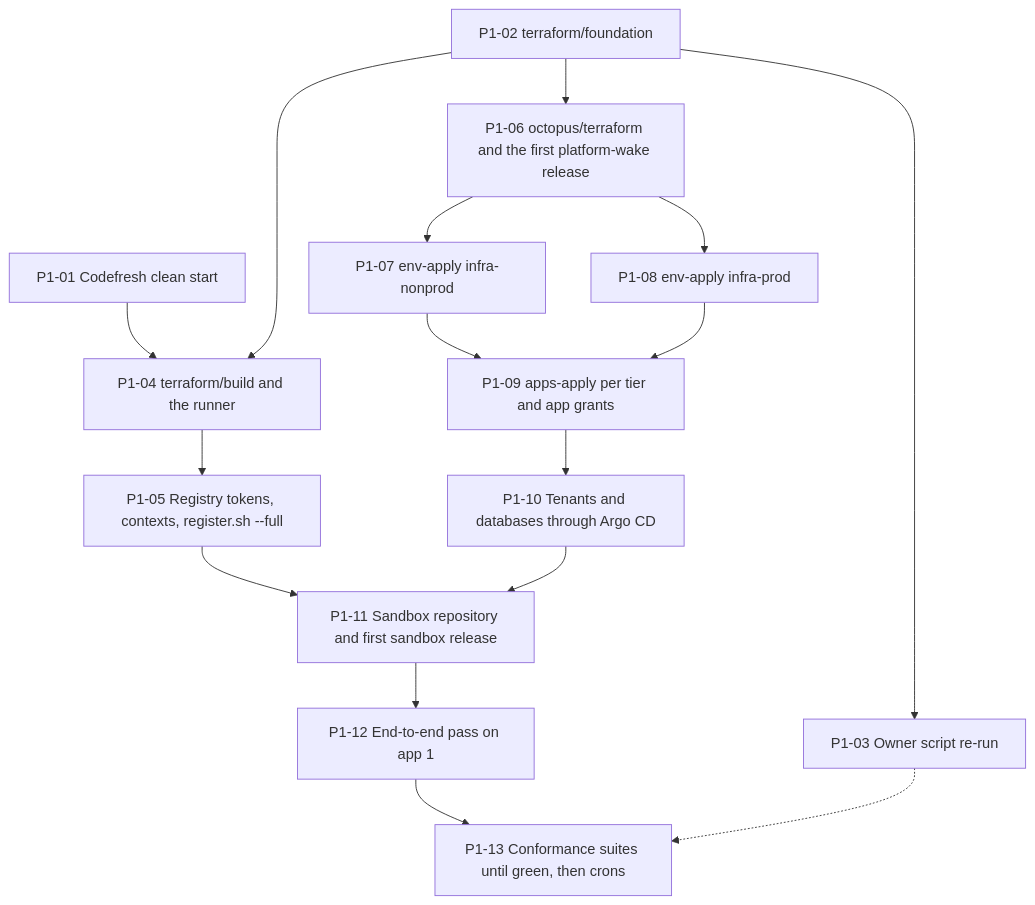
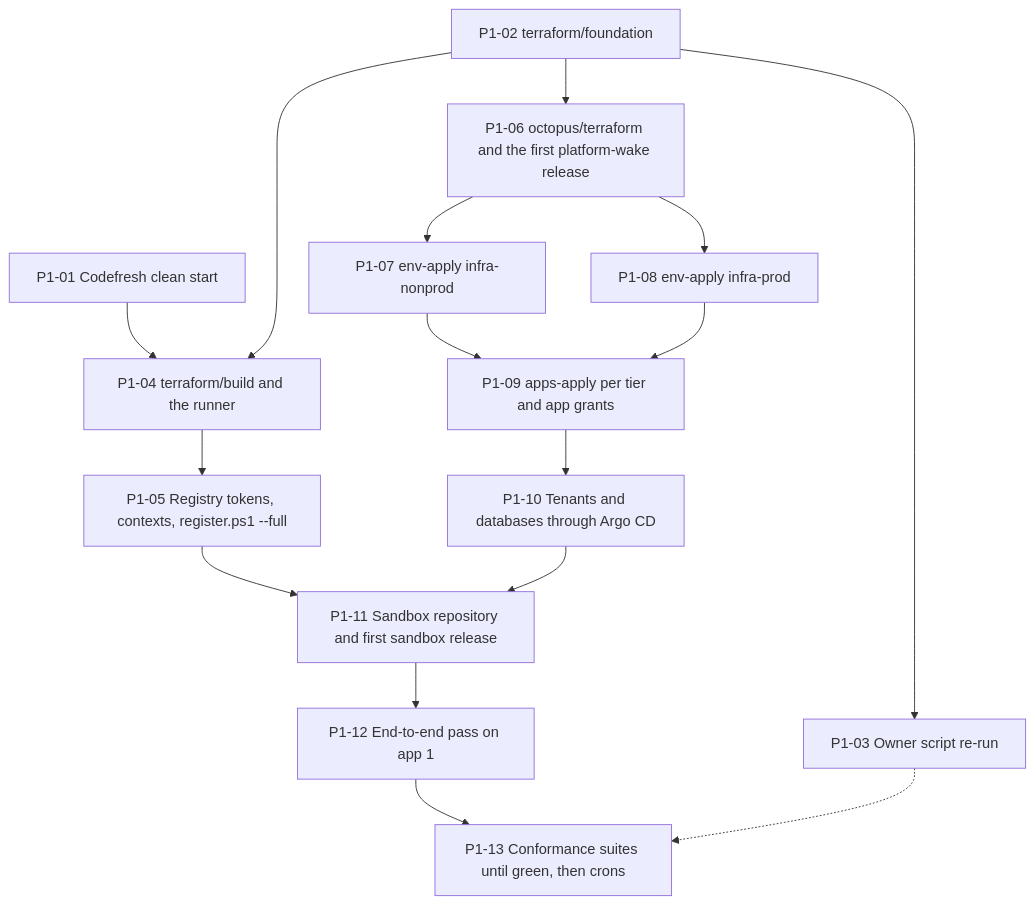
The diagram in docs/bootstrap.md (clearmeasure-aisf-sample-apps/basic-environment-octopus-codefresh), drawn with Mermaid before and after one commit. The commit also changed other lines of this file and 38 other files, not shown here.

````diff
--- a/docs/bootstrap.md
+++ b/docs/bootstrap.md
@@ -33,18 +33,18 @@
 ```mermaid
 flowchart TD
     p01["P1-01 Codefresh clean start"] --> p04
     p02["P1-02 terraform/foundation"] --> p03["P1-03 Owner script re-run"]
     p02 --> p04["P1-04 terraform/build and the runner"]
-    p04 --> p05["P1-05 Registry tokens, contexts, register.sh --full"]
+    p04 --> p05["P1-05 Registry tokens, contexts, register.ps1 --full"]
     p02 --> p06["P1-06 octopus/terraform and the first platform-wake release"]
     p06 --> p07["P1-07 env-apply infra-nonprod"]
     p06 --> p08["P1-08 env-apply infra-prod"]
     p07 --> p09["P1-09 apps-apply per tier and app grants"]
     p08 --> p09
     p09 --> p10["P1-10 Tenants and databases through Argo CD"]
     p05 --> p11["P1-11 Sandbox repository and first sandbox release"]
     p10 --> p11
     p11 --> p12["P1-12 End-to-end pass on app 1"]
     p12 --> p13["P1-13 Conformance suites until green, then crons"]
     p03 -.-> p13
 ```
````
